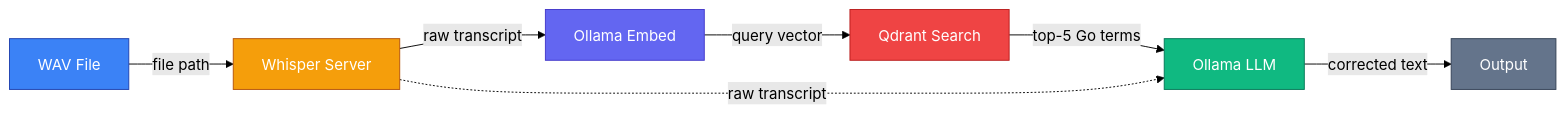
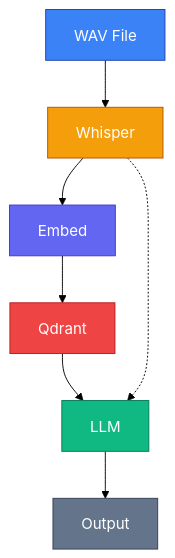
One commit to hubenschmidt/asr-rag changed the first of 2 diagrams in README.md. Above: the diagram before and after it, drawn with Mermaid (forest theme). The commit also changed other lines of this file, not shown here.

Commit message:
architecture vertical diagram

````diff
--- a/README.md
+++ b/README.md
@@ -7,16 +7,23 @@
 ```mermaid
-flowchart LR
-    WAV["WAV File"]:::input -- "file path" --> ASR["Whisper Server"]:::asr
-    ASR -- "raw transcript" --> EMB["Ollama Embed"]:::embed
-    EMB -- "query vector" --> QD["Qdrant Search"]:::vectordb
-    QD -- "top-5 Go terms" --> LLM["Ollama LLM"]:::llm
-    ASR -. "raw transcript" .-> LLM
-    LLM -- "corrected text" --> OUT["Output"]:::output
+flowchart TD
+    WAV["WAV File"]:::input
+    ASR["Whisper"]:::asr
+    EMB["Embed"]:::embed
+    QD["Qdrant"]:::vectordb
+    LLM["LLM"]:::llm
+    OUT["Output"]:::output
+
+    WAV --> ASR
+    ASR --> EMB
+    EMB --> QD
+    QD --> LLM
+    ASR -.-> LLM
+    LLM --> OUT
 
     classDef input fill:#3b82f6,stroke:#1e40af,color:#fff
     classDef asr fill:#f59e0b,stroke:#b45309,color:#fff
     classDef embed fill:#6366f1,stroke:#4338ca,color:#fff
     classDef vectordb fill:#ef4444,stroke:#b91c1c,color:#fff
     classDef llm fill:#10b981,stroke:#047857,color:#fff
     classDef output fill:#64748b,stroke:#334155,color:#fff
 ```
````
